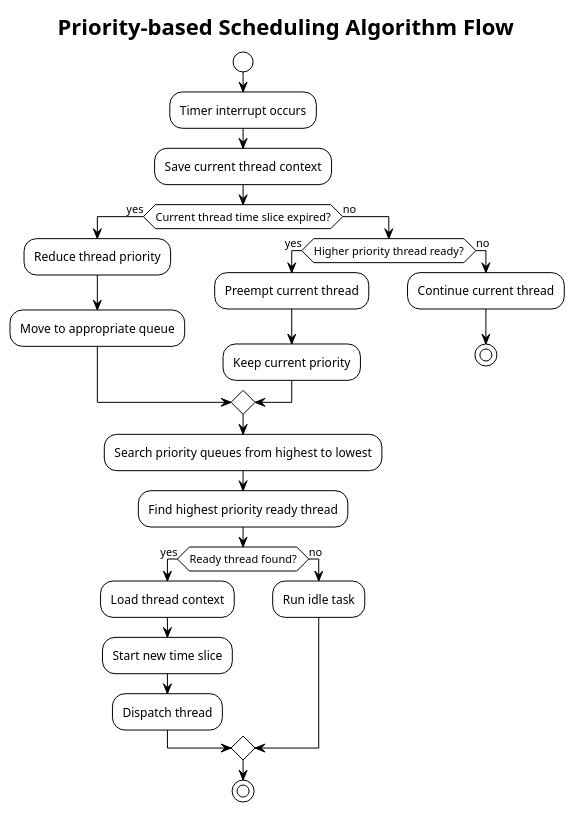
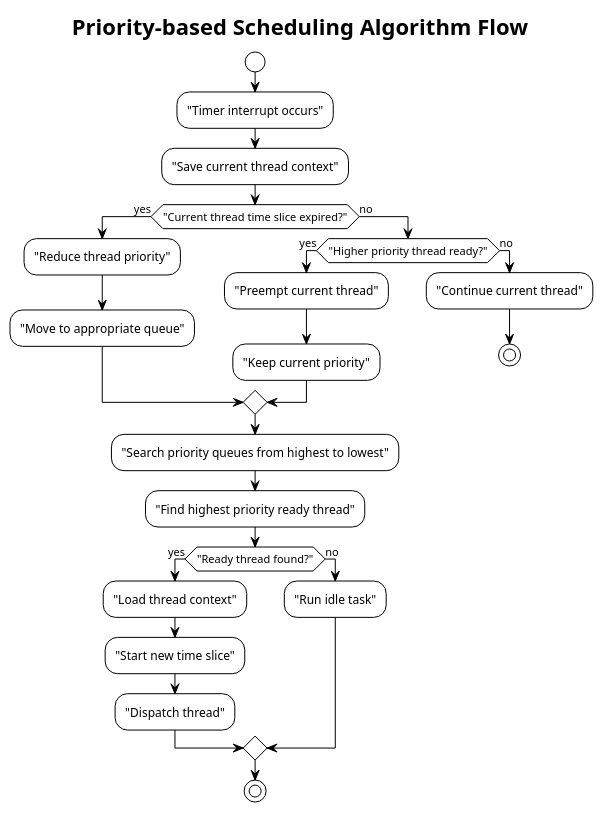
One commit to mohitmishra786/myJourneyOfBuildingOS changed the second of 8 diagrams in Ch-5-Thread-Management/Thread-Scheduling.md. Above: the diagram before and after it, drawn with PlantUML. The commit also changed other lines of this file and 3 other files, not shown here.

````diff
--- a/Ch-5-Thread-Management/Thread-Scheduling.md
+++ b/Ch-5-Thread-Management/Thread-Scheduling.md
@@ -87,36 +87,36 @@
 ```plantuml
 @startuml
 !theme plain
-title Priority-based Scheduling Algorithm Flow
+title "Priority-based Scheduling Algorithm Flow"
 
 start
-:Timer interrupt occurs;
-:Save current thread context;
+:"Timer interrupt occurs";
+:"Save current thread context";
 
-if (Current thread time slice expired?) then (yes)
-  :Reduce thread priority;
-  :Move to appropriate queue;
+if ("Current thread time slice expired?") then (yes)
+  :"Reduce thread priority";
+  :"Move to appropriate queue";
 else (no)
-  if (Higher priority thread ready?) then (yes)
-    :Preempt current thread;
-    :Keep current priority;
+  if ("Higher priority thread ready?") then (yes)
+    :"Preempt current thread";
+    :"Keep current priority";
   else (no)
-    :Continue current thread;
+    :"Continue current thread";
     stop
   endif
 endif
 
-:Search priority queues from highest to lowest;
-:Find highest priority ready thread;
+:"Search priority queues from highest to lowest";
+:"Find highest priority ready thread";
 
-if (Ready thread found?) then (yes)
-  :Load thread context;
-  :Start new time slice;
-  :Dispatch thread;
+if ("Ready thread found?") then (yes)
+  :"Load thread context";
+  :"Start new time slice";
+  :"Dispatch thread";
 else (no)
-  :Run idle task;
+  :"Run idle task";
 endif
 
 stop
 @enduml
 ```
````
